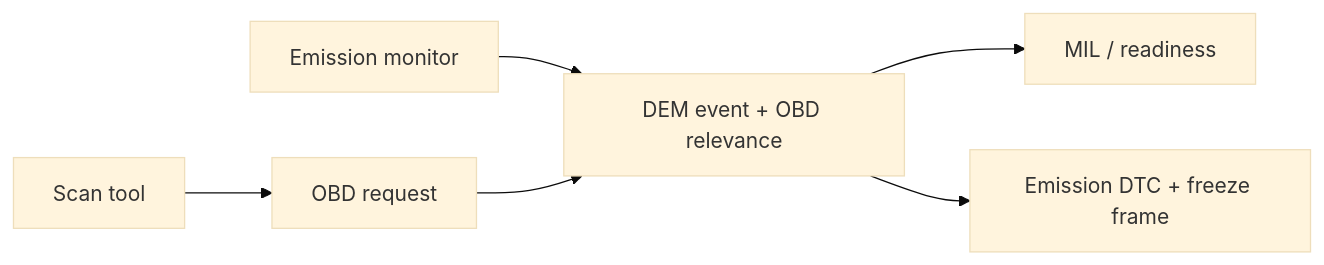
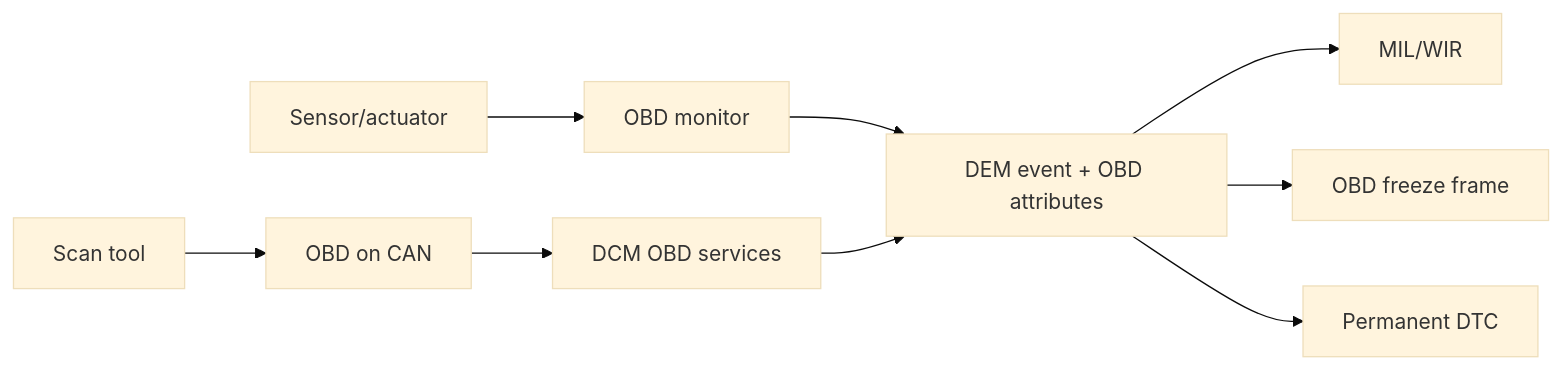
The diagram in docs/09_obd_fundamentals.md (GiaBao1802/autosar-diagnostic-stack-course), drawn with Mermaid (base theme) before and after one commit. The commit also changed other lines of this file and 5 other files, not shown here.

````diff
--- a/docs/09_obd_fundamentals.md
+++ b/docs/09_obd_fundamentals.md
@@ -9,7 +7,9 @@
 ```mermaid
 flowchart LR
-  MON["Emission monitor"] --> DEM["DEM event + OBD relevance"]
-  DEM --> MIL["MIL / readiness"]
-  DEM --> DTC["Emission DTC + freeze frame"]
-  TESTER["Scan tool"] --> DCM["OBD request"] --> DEM
+  SENSOR["Sensor/actuator"] --> MON["OBD monitor"]
+  MON --> DEM["DEM event + OBD attributes"]
+  DEM --> MIL["MIL/WIR"]
+  DEM --> FF["OBD freeze frame"]
+  DEM --> PERM["Permanent DTC"]
+  TESTER["Scan tool"] --> CANTP["OBD on CAN"] --> DCM["DCM OBD services"] --> DEM
 ```
````
